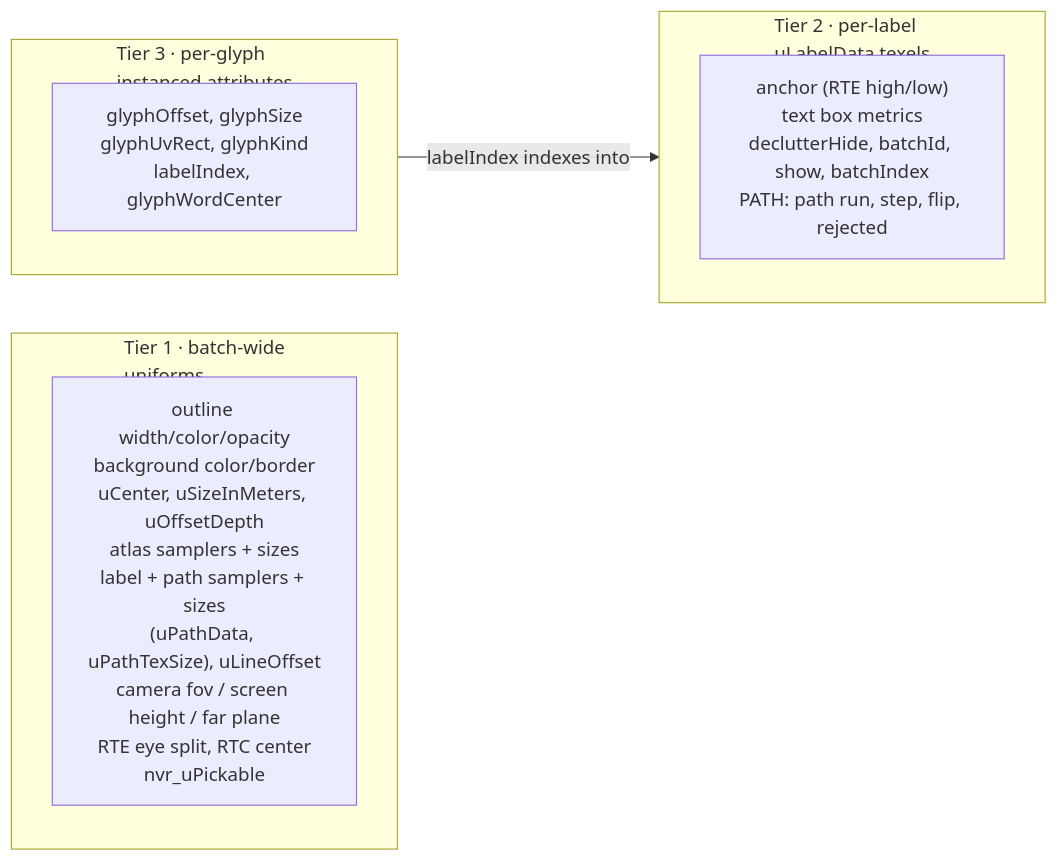
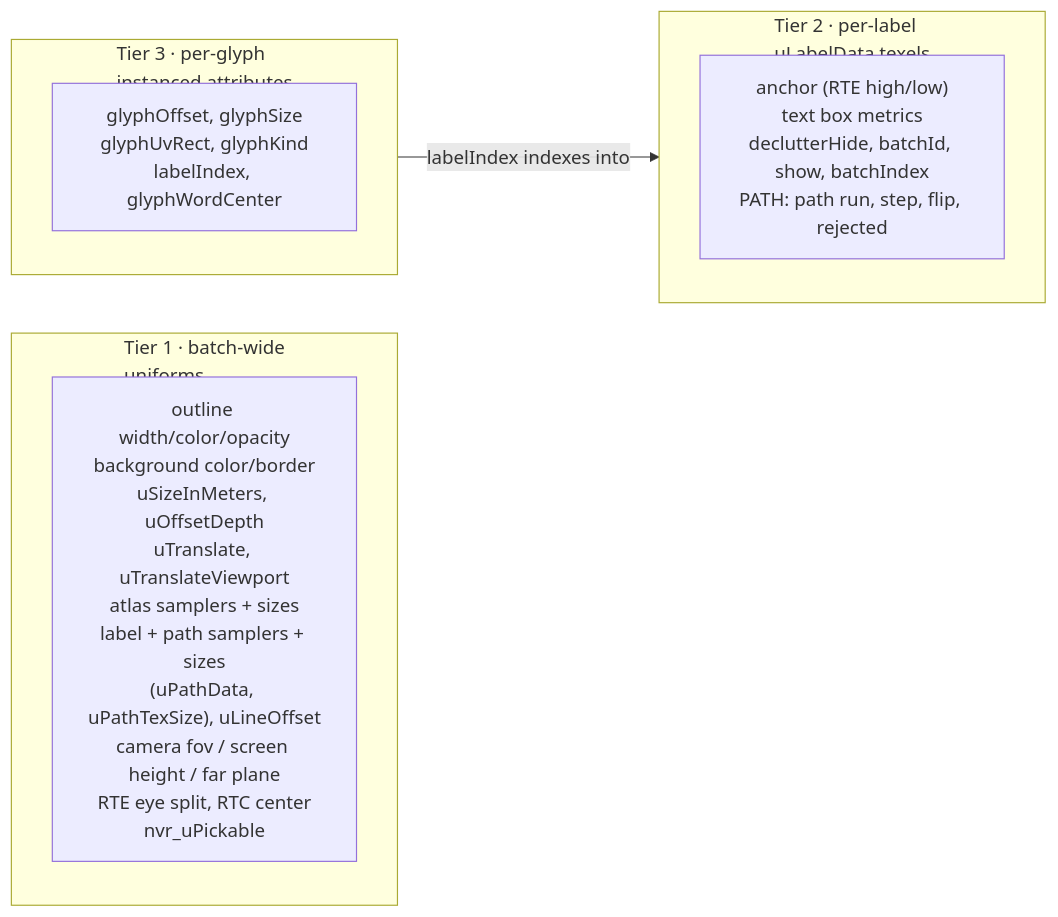
One commit to maplibre/navara changed the diagram in guide/TEXT_BATCHING.md. Above: the diagram before and after it, drawn with Mermaid. The commit also changed other lines of this file and 90 other files, not shown here.

First line of the commit message:
feat!: anchor, offset, translate and variable anchors for text and sprites (#899)

````diff
--- a/guide/TEXT_BATCHING.md
+++ b/guide/TEXT_BATCHING.md
@@ -31,13 +31,13 @@
 ```mermaid
 flowchart LR
   subgraph U["Tier 1 · batch-wide<br/>uniforms"]
-    U1["outline width/color/opacity<br/>background color/border<br/>uCenter, uSizeInMeters, uOffsetDepth<br/>atlas samplers + sizes<br/>label + path samplers + sizes<br/>(uPathData, uPathTexSize), uLineOffset<br/>camera fov / screen height / far plane<br/>RTE eye split, RTC center<br/>nvr_uPickable"]
+    U1["outline width/color/opacity<br/>background color/border<br/>uSizeInMeters, uOffsetDepth<br/>uTranslate, uTranslateViewport<br/>atlas samplers + sizes<br/>label + path samplers + sizes<br/>(uPathData, uPathTexSize), uLineOffset<br/>camera fov / screen height / far plane<br/>RTE eye split, RTC center<br/>nvr_uPickable"]
   end
   subgraph L["Tier 2 · per-label<br/>uLabelData texels"]
     L1["anchor (RTE high/low)<br/>text box metrics<br/>declutterHide, batchId, show, batchIndex<br/>PATH: path run, step, flip, rejected"]
   end
   subgraph G["Tier 3 · per-glyph<br/>instanced attributes"]
     G1["glyphOffset, glyphSize<br/>glyphUvRect, glyphKind<br/>labelIndex, glyphWordCenter"]
   end
   G -->|"labelIndex indexes into"| L
 ```
````
